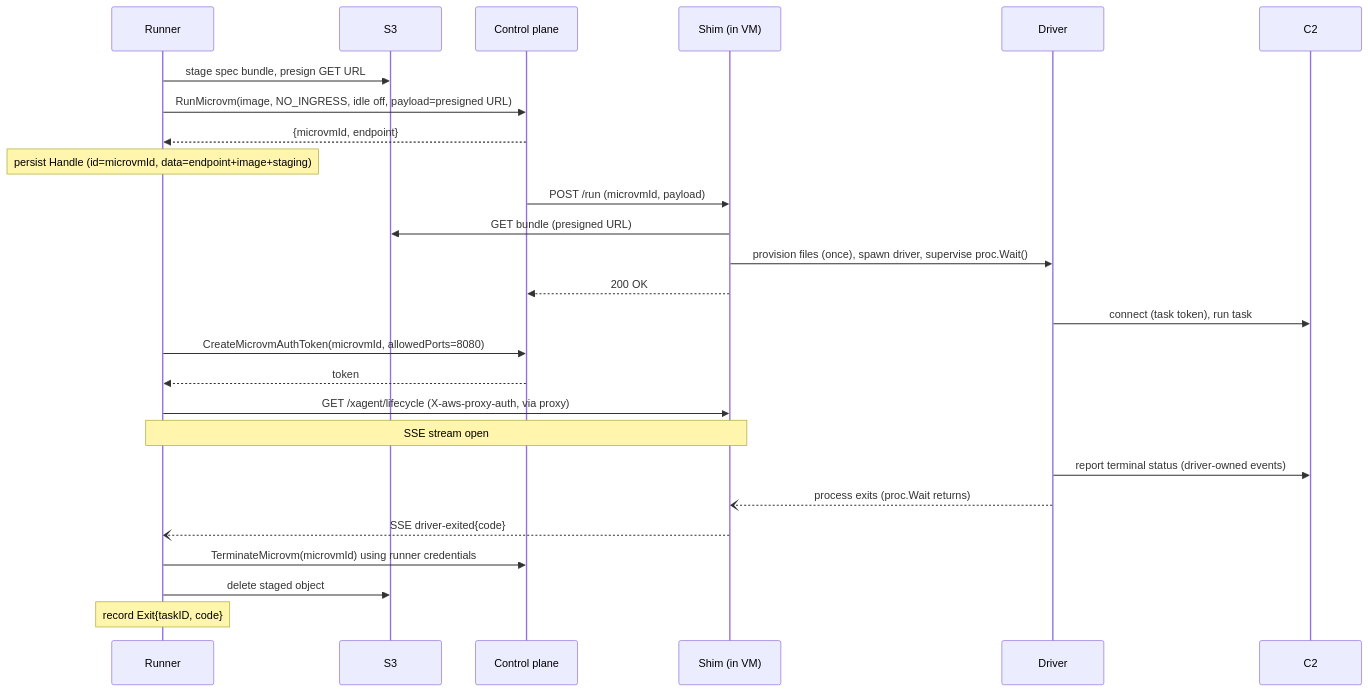
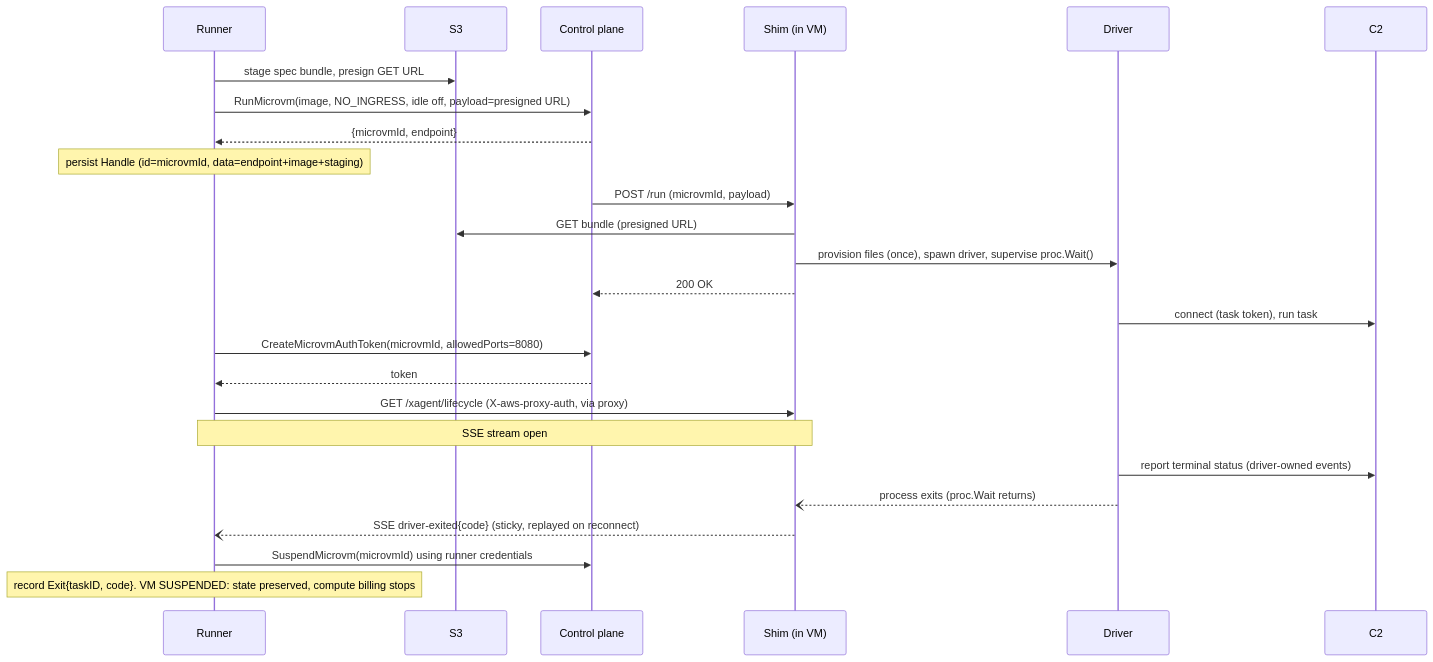
Before and after one commit to icholy/xagent: the first of 4 diagrams in proposals/draft/lambda-microvm-backend.md, drawn with Mermaid. The commit also changed other lines of this file, not shown here.

Commit message:
proposal: suspend lambda-microvm on driver exit, terminate only on archive

````diff
--- a/proposals/draft/lambda-microvm-backend.md
+++ b/proposals/draft/lambda-microvm-backend.md
@@ -222,31 +272,30 @@
 ```mermaid
 sequenceDiagram
     participant R as Runner
     participant S3
     participant CP as Control plane
     participant Shim as Shim (in VM)
     participant Drv as Driver
     participant C2
 
     R->>S3: stage spec bundle, presign GET URL
     R->>CP: RunMicrovm(image, NO_INGRESS, idle off, payload=presigned URL)
     CP-->>R: {microvmId, endpoint}
     Note over R: persist Handle (id=microvmId, data=endpoint+image+staging)
     CP->>Shim: POST /run (microvmId, payload)
     Shim->>S3: GET bundle (presigned URL)
     Shim->>Drv: provision files (once), spawn driver, supervise proc.Wait()
     Shim-->>CP: 200 OK
     Drv->>C2: connect (task token), run task
 
     R->>CP: CreateMicrovmAuthToken(microvmId, allowedPorts=8080)
     CP-->>R: token
     R->>Shim: GET /xagent/lifecycle (X-aws-proxy-auth, via proxy)
     Note over R,Shim: SSE stream open
 
     Drv->>C2: report terminal status (driver-owned events)
     Drv--)Shim: process exits (proc.Wait returns)
-    Shim--)R: SSE driver-exited{code}
-    R->>CP: TerminateMicrovm(microvmId) using runner credentials
-    R->>S3: delete staged object
-    Note over R: record Exit{taskID, code}
+    Shim--)R: SSE driver-exited{code} (sticky, replayed on reconnect)
+    R->>CP: SuspendMicrovm(microvmId) using runner credentials
+    Note over R: record Exit{taskID, code}. VM SUSPENDED: state preserved, compute billing stops
 ```
````
